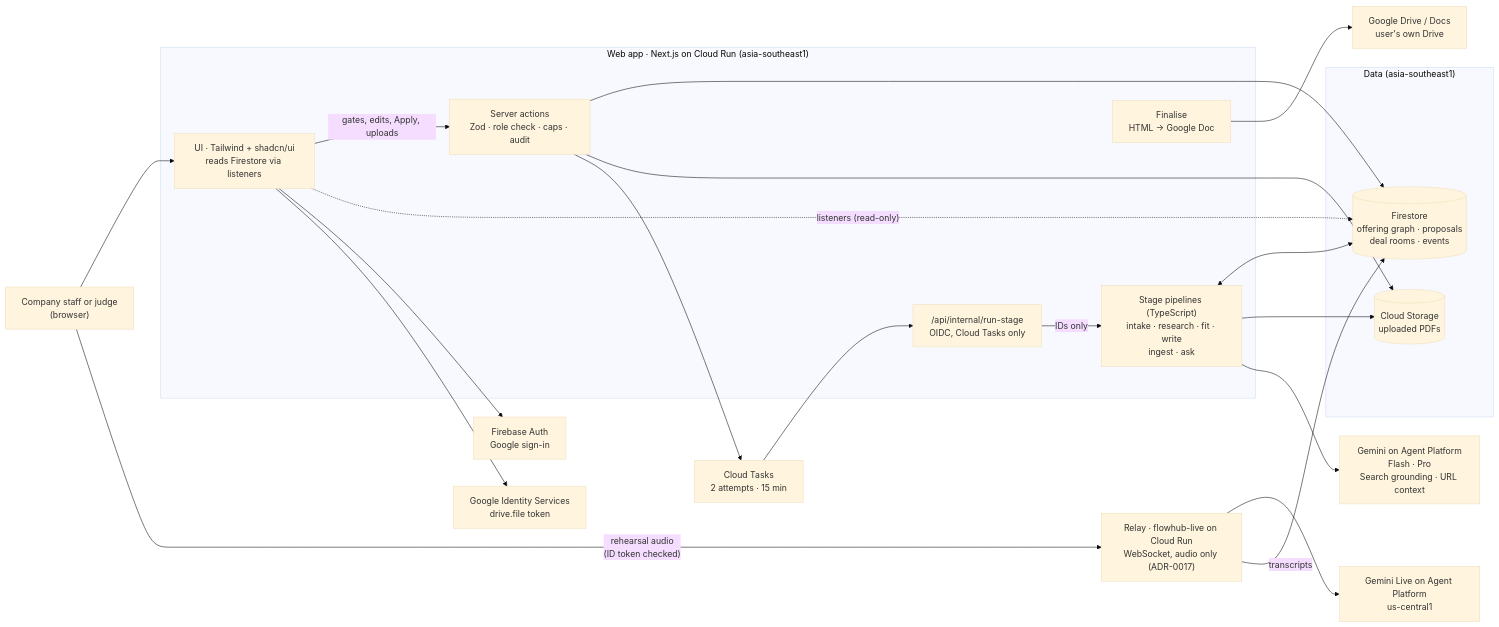
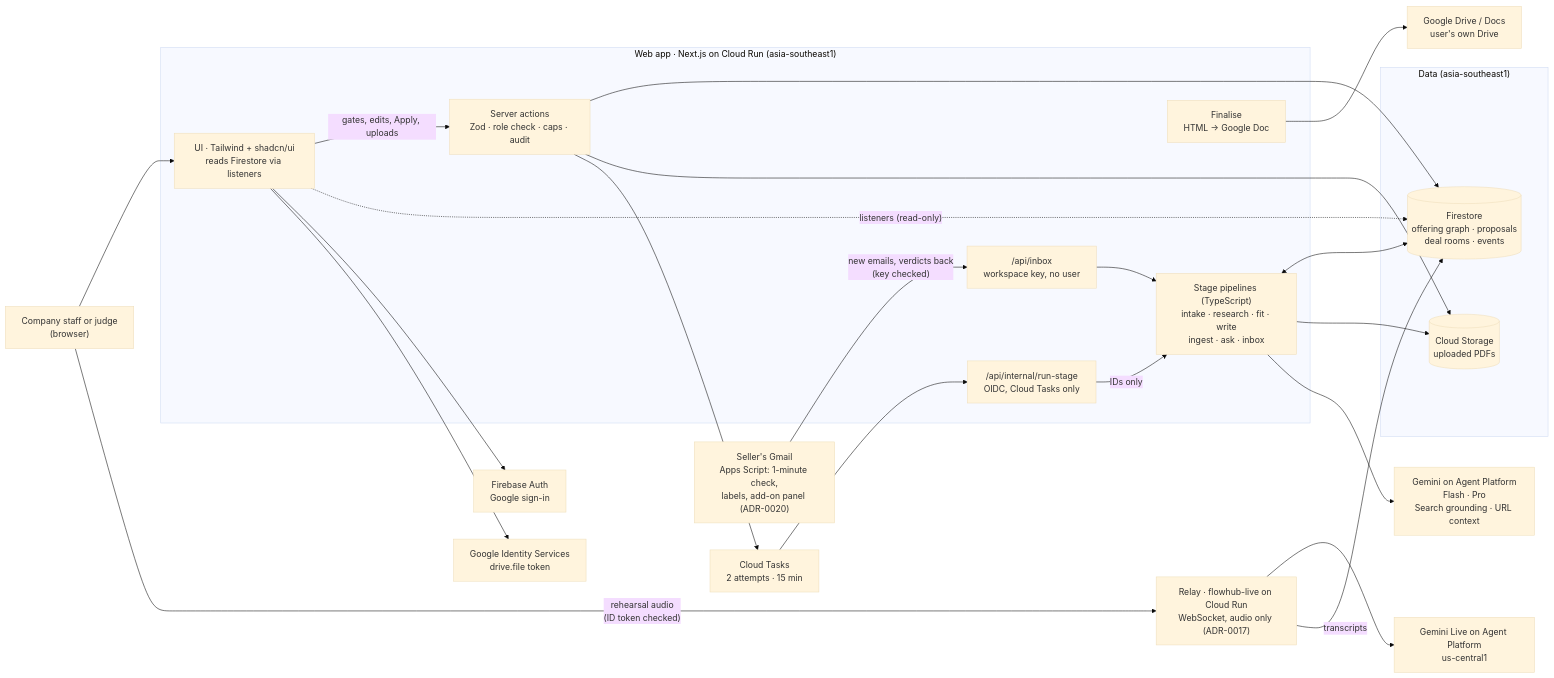
Before and after one commit to azmfrsdev/flowhub: the first of 2 diagrams in docs/architecture.md, drawn with Mermaid (base theme). The commit also changed other lines of this file and 38 other files, not shown here.

First line of the commit message:
Gmail inbox leads: emails to the sales inbox become leads, checked by code

````diff
--- a/docs/architecture.md
+++ b/docs/architecture.md
@@ -20,43 +20,47 @@
 ```mermaid
 flowchart LR
   user["Company staff or judge<br/>(browser)"]
+  gmail["Seller's Gmail<br/>Apps Script: 1-minute check,<br/>labels, add-on panel (ADR-0020)"]
 
   subgraph web["Web app · Next.js on Cloud Run (asia-southeast1)"]
     ui["UI · Tailwind + shadcn/ui<br/>reads Firestore via listeners"]
     actions["Server actions<br/>Zod · role check · caps · audit"]
     runroute["/api/internal/run-stage<br/>OIDC, Cloud Tasks only"]
-    pipelines["Stage pipelines (TypeScript)<br/>intake · research · fit · write<br/>ingest · ask"]
+    inboxroute["/api/inbox<br/>workspace key, no user"]
+    pipelines["Stage pipelines (TypeScript)<br/>intake · research · fit · write<br/>ingest · ask · inbox"]
     finalise["Finalise<br/>HTML → Google Doc"]
   end
 
   subgraph data["Data (asia-southeast1)"]
     fs[("Firestore<br/>offering graph · proposals<br/>deal rooms · events")]
     gcs[("Cloud Storage<br/>uploaded PDFs")]
   end
 
   tasks["Cloud Tasks<br/>2 attempts · 15 min"]
   gemini["Gemini on Agent Platform<br/>Flash · Pro<br/>Search grounding · URL context"]
   auth["Firebase Auth<br/>Google sign-in"]
   gis["Google Identity Services<br/>drive.file token"]
   drive["Google Drive / Docs<br/>user's own Drive"]
   live["Relay · flowhub-live on Cloud Run<br/>WebSocket, audio only (ADR-0017)"]
   geminiLive["Gemini Live on Agent Platform<br/>us-central1"]
 
   user --> ui
   ui -- "gates, edits, Apply, uploads" --> actions
   ui -. "listeners (read-only)" .-> fs
   ui --> auth
   ui --> gis
   actions --> fs
   actions --> gcs
   actions --> tasks
   tasks --> runroute
   runroute -- "IDs only" --> pipelines
   pipelines <--> fs
   pipelines --> gcs
   pipelines --> gemini
   finalise --> drive
   user -- "rehearsal audio<br/>(ID token checked)" --> live
   live --> geminiLive
   live -- "transcripts" --> fs
+  gmail -- "new emails, verdicts back<br/>(key checked)" --> inboxroute
+  inboxroute --> pipelines
 ```
````
